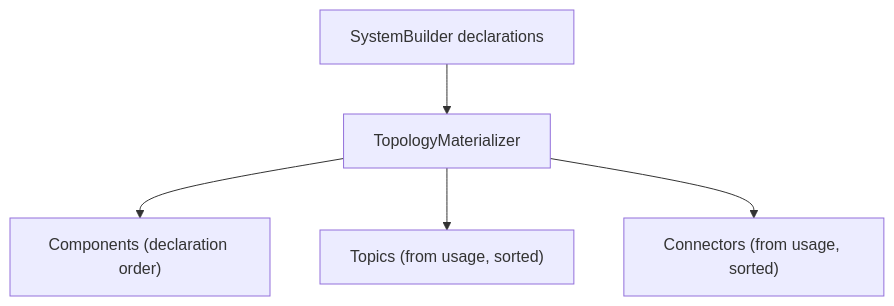
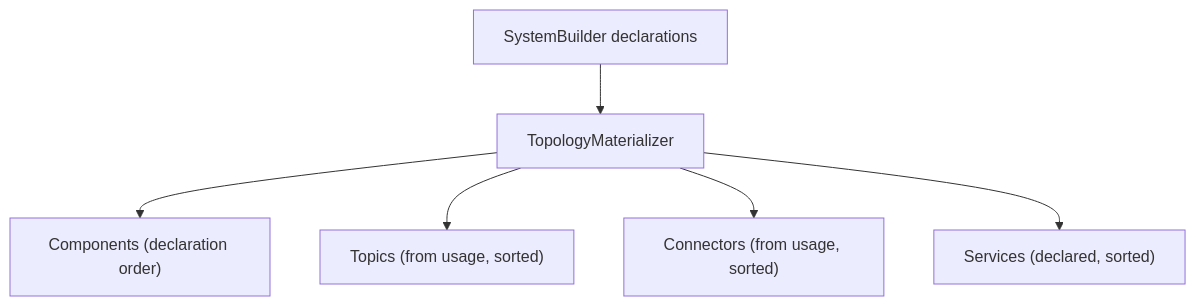
Before and after one commit to integrio-intropy/intropy-topology: the diagram in docs/concepts/materialization.md, drawn with Mermaid. The commit also changed other lines of this file and 6 other files, not shown here.

````diff
--- a/docs/concepts/materialization.md
+++ b/docs/concepts/materialization.md
@@ -7,7 +7,8 @@
 ```mermaid
 graph TD
     B["SystemBuilder declarations"] --> M["TopologyMaterializer"]
     M --> C["Components (declaration order)"]
     M --> T["Topics (from usage, sorted)"]
     M --> K["Connectors (from usage, sorted)"]
+    M --> S["Services (declared, sorted)"]
 ```
````
